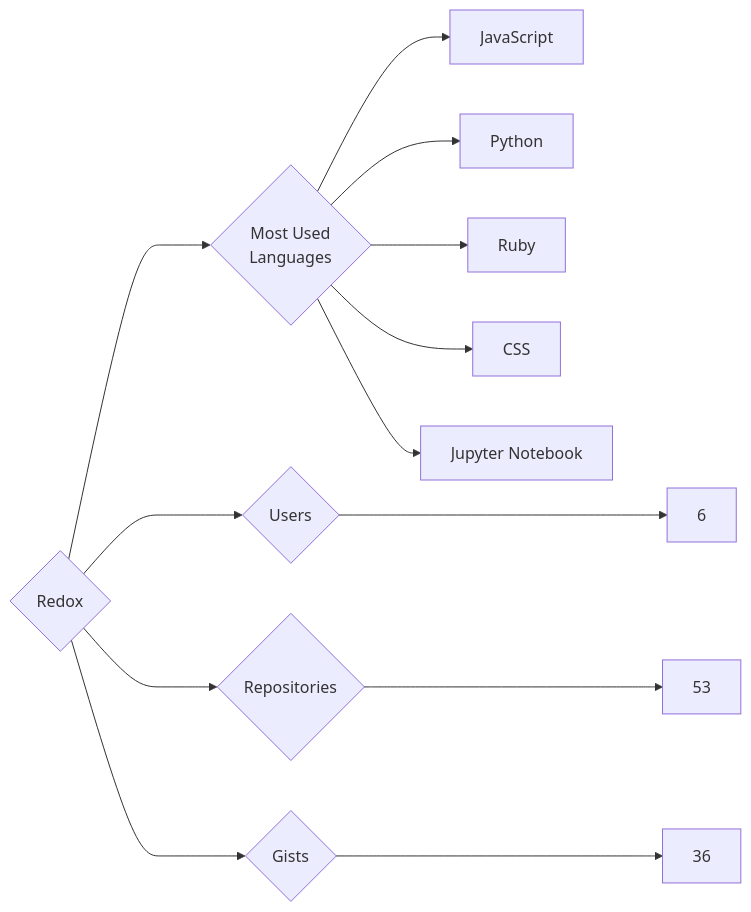
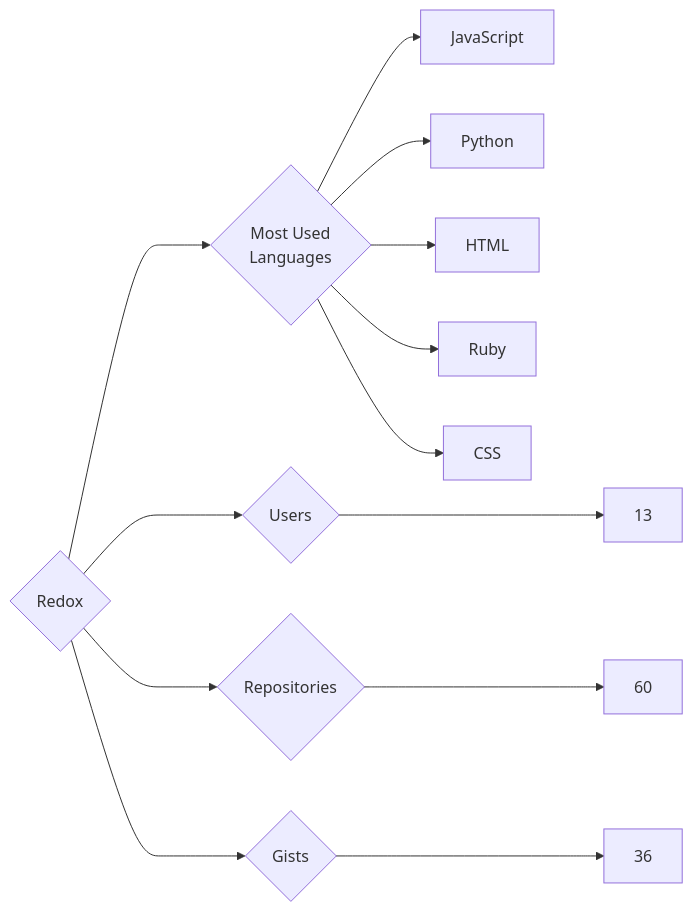
The diagram in targets/Redox/README.md (trickest/insiders), drawn with Mermaid before and after one commit. The commit also changed 895 other files, not shown here.

````diff
--- a/targets/Redox/README.md
+++ b/targets/Redox/README.md
@@ -3,13 +3,13 @@
 ```mermaid
 graph LR
 COMPANY_NAME{Redox}
-COMPANY_NAME ---> U{Users} ---> UN[6]
-COMPANY_NAME ---> R{Repositories} ---> RN[53]
+COMPANY_NAME ---> U{Users} ---> UN[13]
+COMPANY_NAME ---> R{Repositories} ---> RN[60]
 COMPANY_NAME ---> G{Gists} ---> GN[36]
 COMPANY_NAME ---> ML{Most Used<br>Languages}
 ML --> JavaScript[JavaScript]
 ML --> Python[Python]
+ML --> HTML[HTML]
 ML --> Ruby[Ruby]
 ML --> CSS[CSS]
-ML --> Jupyter_Notebook[Jupyter Notebook]
 ```
````
